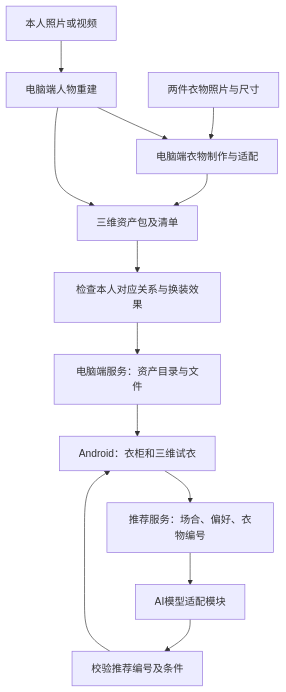
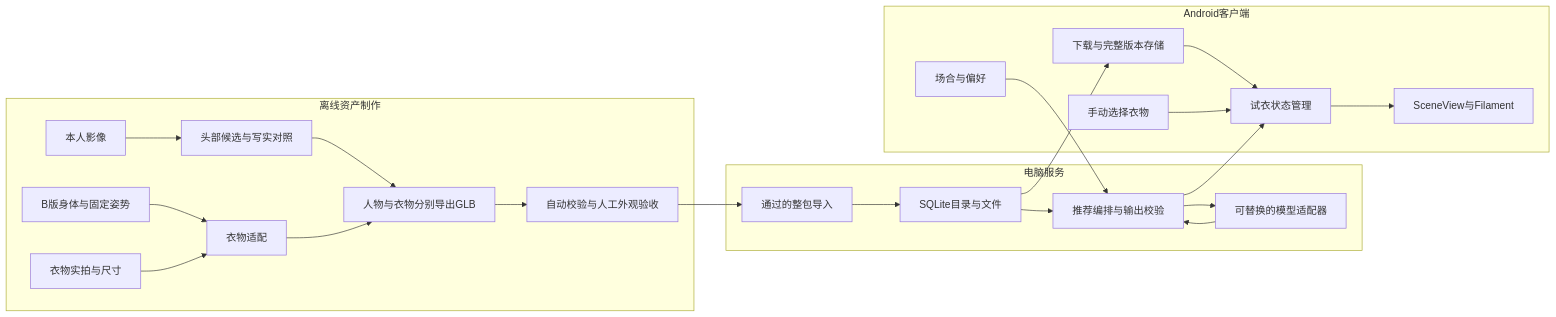
Before and after one commit to niujin66/ootd_ai: the first of 2 diagrams in docs/architecture.md, drawn with Mermaid. The commit also changed other lines of this file and 7 other files, not shown here.

Commit message:
docs: research reconstruction methods and design reliable try-on architecture

````diff
--- a/docs/architecture.md
+++ b/docs/architecture.md
@@ -9,15 +9,26 @@
 ```mermaid
-flowchart TD
-  P["本人照片或视频"] --> R["电脑端人物重建"]
-  G["两件衣物照片与尺寸"] --> F["电脑端衣物制作与适配"]
-  R --> F
-  R --> B["三维资产包及清单"]
-  F --> B
-  B --> V["检查本人对应关系与换装效果"]
-  V --> S["电脑端服务：资产目录与文件"]
-  S --> A["Android：衣柜和三维试衣"]
-  A --> Q["推荐服务：场合、偏好、衣物编号"]
-  Q --> M["AI模型适配模块"]
-  M --> C["校验推荐编号及条件"]
-  C --> A
+flowchart LR
+  subgraph Offline[离线资产制作]
+    P[本人影像] --> H[头部候选与写实对照]
+    B[B版身体与固定姿势] --> F[衣物适配]
+    G[衣物实拍与尺寸] --> F
+    H --> E[人物与衣物分别导出GLB]
+    F --> E
+    E --> Q[自动校验与人工外观验收]
+  end
+  subgraph Service[电脑服务]
+    Q --> I[通过的整包导入]
+    I --> D[SQLite目录与文件]
+    R[推荐编排与输出校验] --> M[可替换的模型适配器]
+    M --> R
+    D --> R
+  end
+  subgraph Android[Android客户端]
+    D --> C[下载与完整版本存储]
+    C --> V[试衣状态管理]
+    U[场合与偏好] --> R
+    R --> V
+    V --> S[SceneView与Filament]
+    T[手动选择衣物] --> V
+  end
 ```
````
